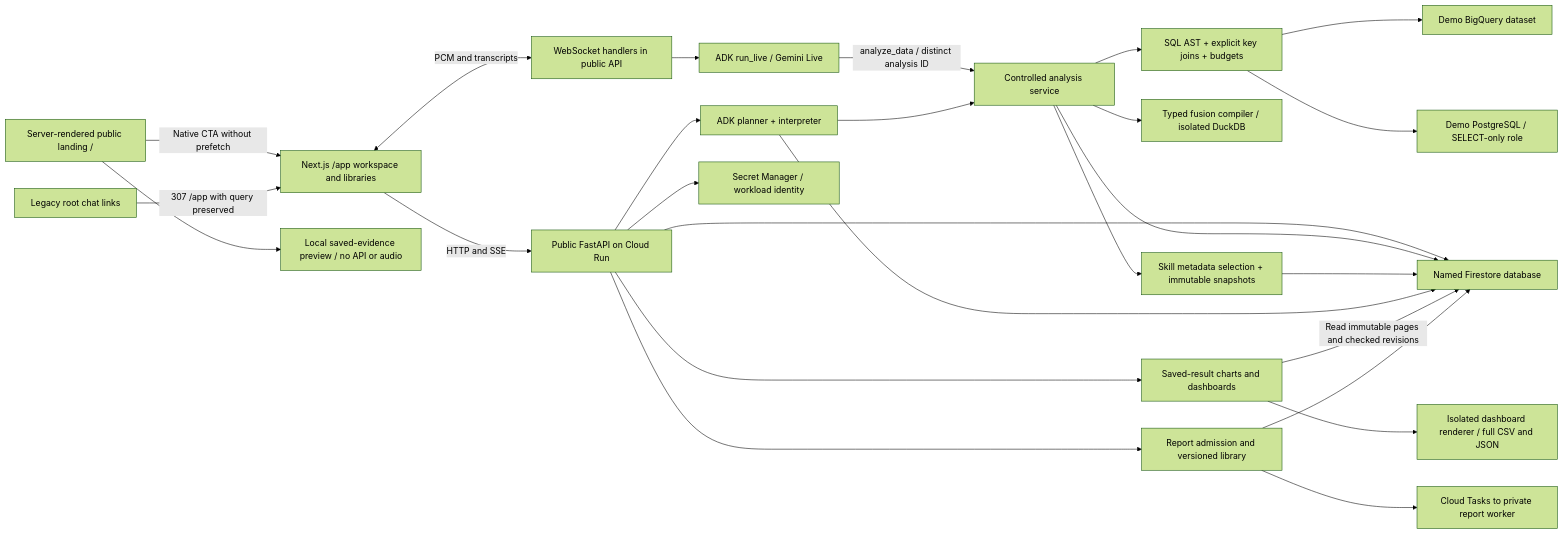
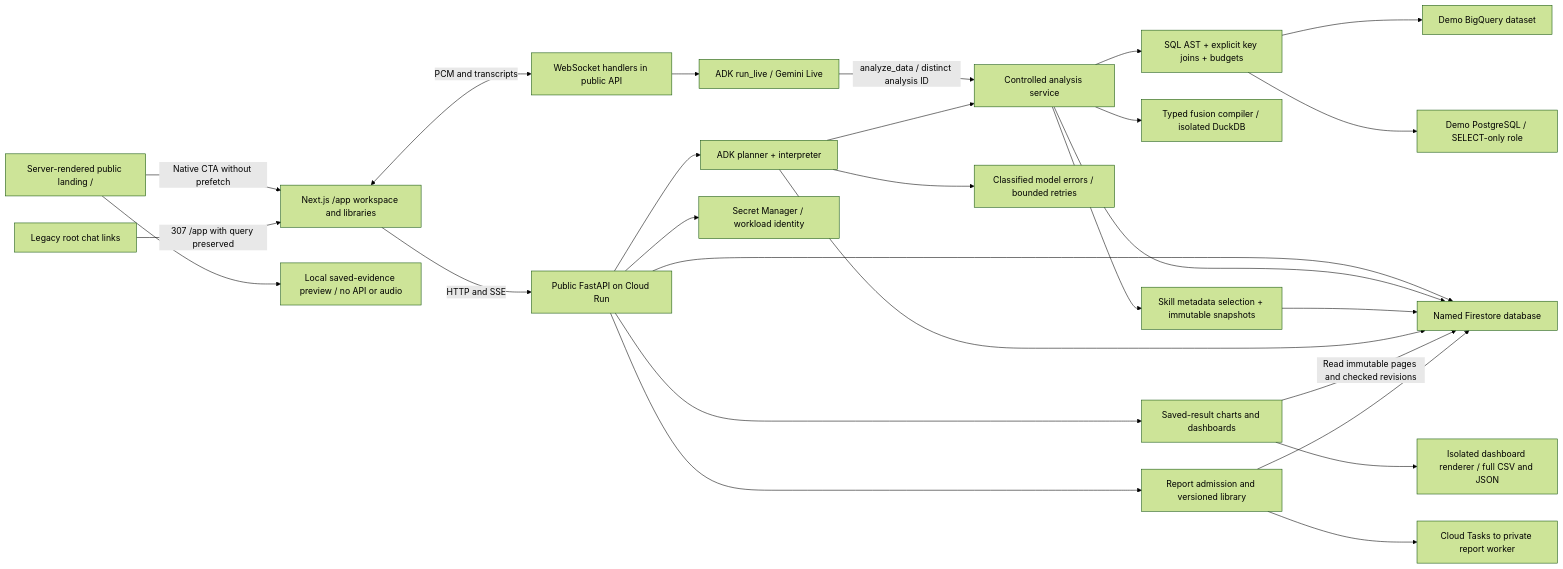
One commit to RusiruChathushanaka/querylane-agentic-bi changed the first of 2 diagrams in docs/architecture.md. Above: the diagram before and after it, drawn with Mermaid (forest theme). The commit also changed other lines of this file and 47 other files, not shown here.

````diff
--- a/docs/architecture.md
+++ b/docs/architecture.md
@@ -9,28 +9,29 @@
 ```mermaid
 flowchart LR
     Landing[Server-rendered public landing /] -->|Native CTA without prefetch| Browser[Next.js /app workspace and libraries]
     Landing --> Preview[Local saved-evidence preview / no API or audio]
     Legacy[Legacy root chat links] -->|307 /app with query preserved| Browser
     Browser -->|HTTP and SSE| API[Public FastAPI on Cloud Run]
     Browser <-->|PCM and transcripts| Voice[WebSocket handlers in public API]
     API --> ADK[ADK planner + interpreter]
     Voice --> Live[ADK run_live / Gemini Live]
     Live -->|analyze_data / distinct analysis ID| Analysis[Controlled analysis service]
+    ADK --> Failures[Classified model errors / bounded retries]
     ADK --> Analysis
     Analysis --> Guard[SQL AST + explicit key joins + budgets]
     Guard --> BQ[Demo BigQuery dataset]
     Guard --> PG[Demo PostgreSQL / SELECT-only role]
     Analysis --> Fusion[Typed fusion compiler / isolated DuckDB]
     API --> Store[Named Firestore database]
     Analysis --> Store
     Analysis --> Skills[Skill metadata selection + immutable snapshots]
     Skills --> Store
     ADK --> Store
     API --> Saved[Saved-result charts and dashboards]
     Saved -->|Read immutable pages and checked revisions| Store
     Saved --> Export[Isolated dashboard renderer / full CSV and JSON]
     API --> Reports[Report admission and versioned library]
     Reports --> Store
     Reports --> Dispatch[Cloud Tasks to private report worker]
     API --> Secrets[Secret Manager / workload identity]
 ```
````
